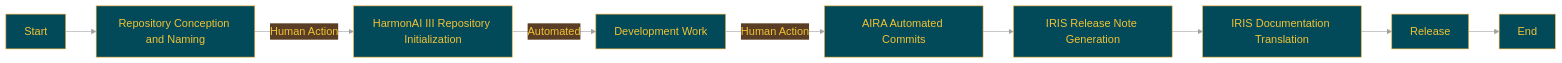
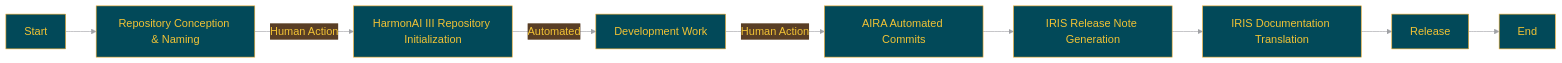
The diagram in docs/README.en.md (Sunwood-ai-labs/HarmonAI_III), drawn with Mermaid before and after one commit. The commit also changed other lines of this file, not shown here.

````diff
--- a/docs/README.en.md
+++ b/docs/README.en.md
@@ -208,20 +181,20 @@
 ```mermaid
 %%{init:{'theme':'base','themeVariables':{'primaryColor':'#024959','primaryTextColor':'#F2C335','primaryBorderColor':'#F2AE30','lineColor':'#A1A2A6','secondaryColor':'#593E25','tertiaryColor':'#F2C335','noteTextColor':'#024959','noteBkgColor':'#F2C335','textColor':'#024959','fontSize':'18px'}}}%%
 
 graph LR
-    A[Start] --> B[Repository Conception and Naming]
+    A[Start] --> B[Repository Conception & Naming]
     B -->|Human Action| C[HarmonAI III Repository Initialization]
     C -->|Automated| D[Development Work]
     D -->|Human Action| E[AIRA Automated Commits]
     E --> H[IRIS Release Note Generation]
     H --> I[IRIS Documentation Translation]
     I --> J[Release]
     J --> K[End]
 
     class B,D,G human;
     class E aira;
     class F,H,I iris;
     class C auto;
     class A,J,K process;
 
 ```
````
